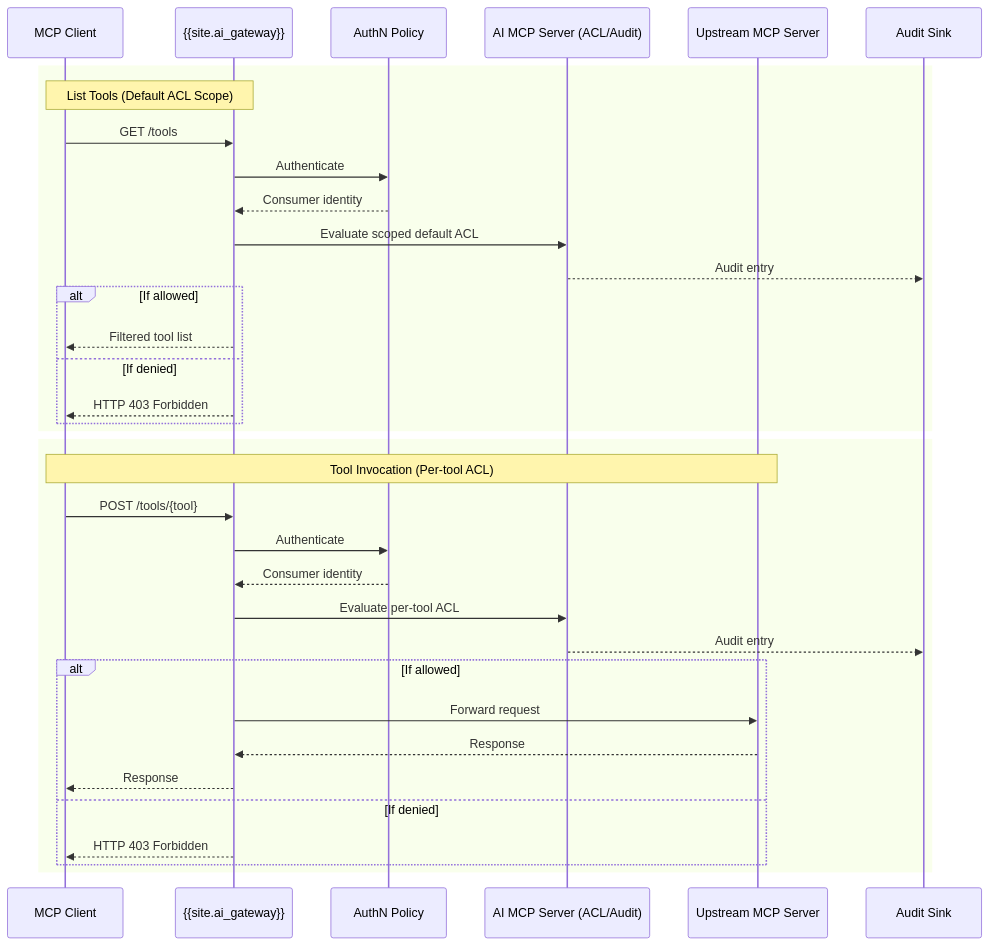
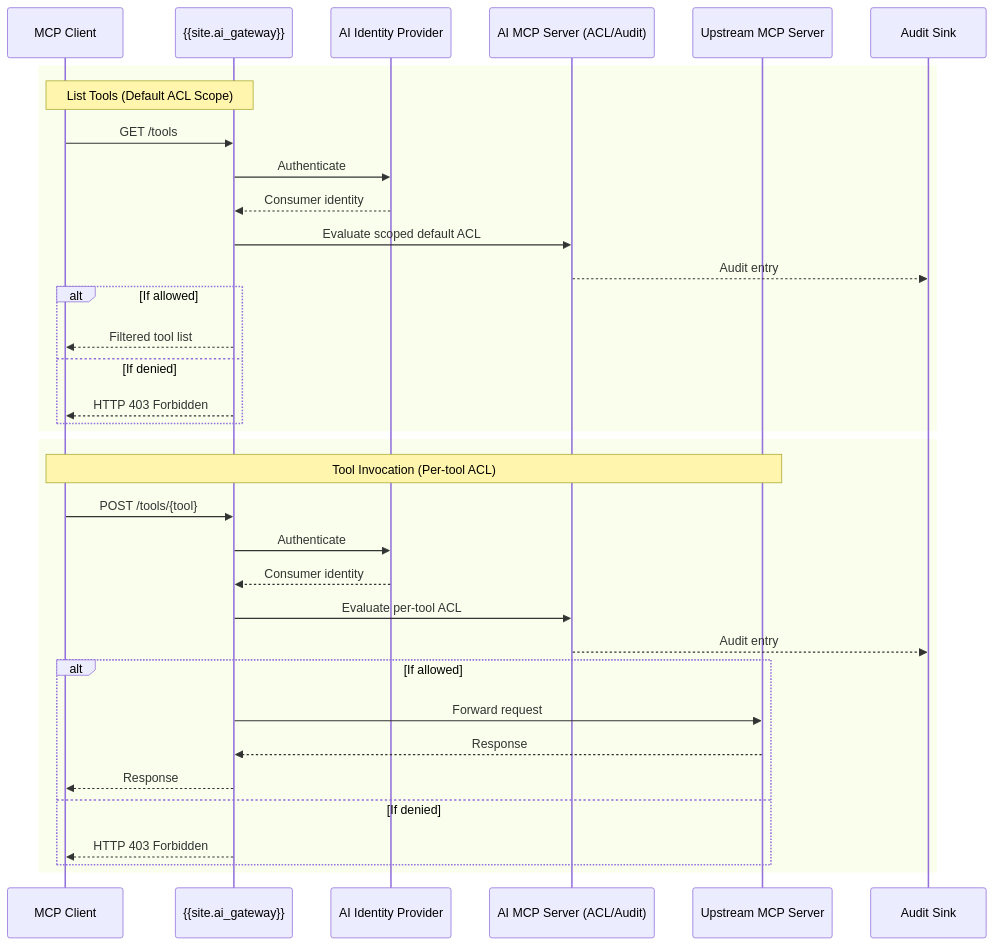
One commit to Kong/developer.konghq.com changed the third of 3 diagrams in app/_ai_gateway_entities/ai-mcp-server.md. Above: the diagram before and after it, drawn with Mermaid. The commit also changed other lines of this file and 6 other files, not shown here.

First line of the commit message:
feat(ai-gateway): Identity Provider support for MCP Servers (#6620)

```diff
--- a/app/_ai_gateway_entities/ai-mcp-server.md
+++ b/app/_ai_gateway_entities/ai-mcp-server.md
@@ -482,41 +538,41 @@
 {% mermaid %}
 sequenceDiagram
   participant Client as MCP Client
   participant Gateway as {{site.ai_gateway}}
-  participant Auth as AuthN Policy
+  participant Auth as AI Identity Provider
   participant ACL as AI MCP Server (ACL/Audit)
   participant Up as Upstream MCP Server
   participant Log as Audit Sink
 
   %% ----- List Tools -----
   rect
     note over Client,Gateway: List Tools (Default ACL Scope)
     Client->>Gateway: GET /tools
     Gateway->>Auth: Authenticate
     Auth-->>Gateway: Consumer identity
     Gateway->>ACL: Evaluate scoped default ACL
     ACL-->>Log: Audit entry
     alt If allowed
       Gateway-->>Client: Filtered tool list
     else If denied
       Gateway-->>Client: HTTP 403 Forbidden
     end
   end
 
   %% ----- Tool Invocation -----
   rect
     note over Client,Up: Tool Invocation (Per-tool ACL)
     Client->>Gateway: POST /tools/{tool}
     Gateway->>Auth: Authenticate
     Auth-->>Gateway: Consumer identity
     Gateway->>ACL: Evaluate per-tool ACL
     ACL-->>Log: Audit entry
     alt If allowed
       Gateway->>Up: Forward request
       Up-->>Gateway: Response
       Gateway-->>Client: Response
     else If denied
       Gateway-->>Client: HTTP 403 Forbidden
     end
   end
 {% endmermaid %}
```
